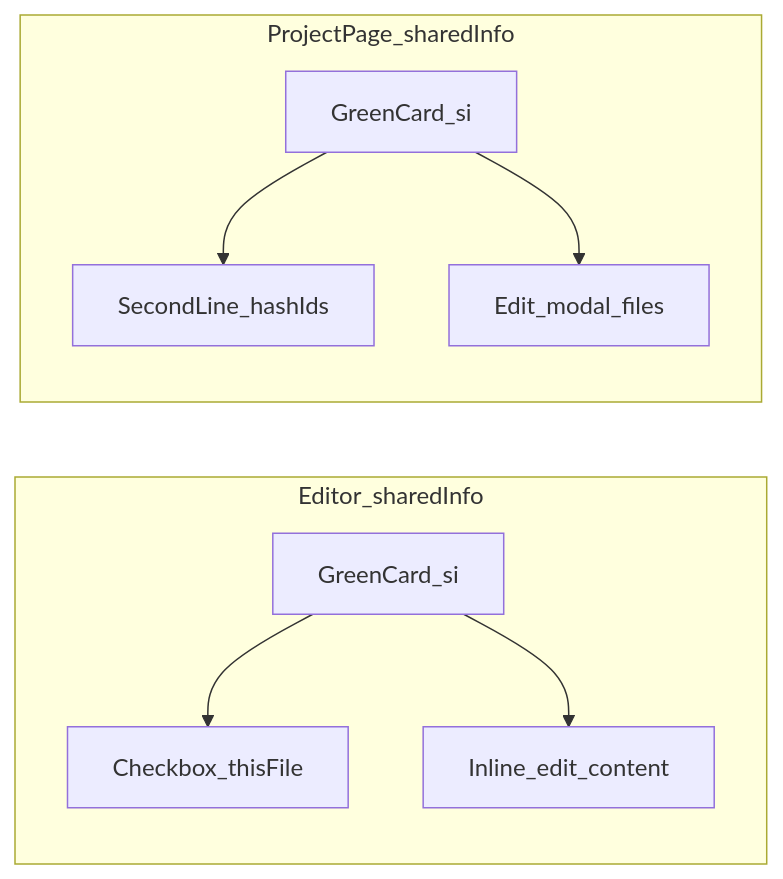
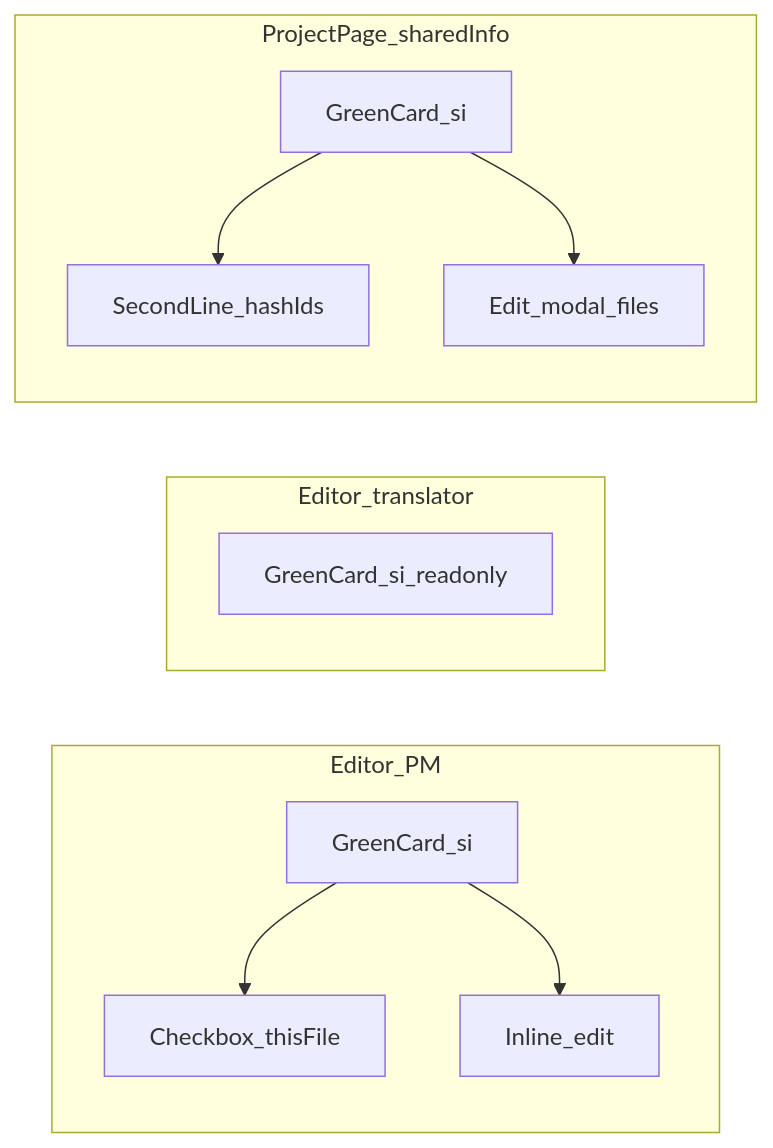
Before and after one commit to kratoswrathful-wy/talk-hanzi-joy: the diagram in docs/CAT_AI_FILE_SPECIAL_INSTRUCTIONS_UI_PLAN.md, drawn with Mermaid. The commit also changed other lines of this file and 9 other files, not shown here.

````diff
--- a/docs/CAT_AI_FILE_SPECIAL_INSTRUCTIONS_UI_PLAN.md
+++ b/docs/CAT_AI_FILE_SPECIAL_INSTRUCTIONS_UI_PLAN.md
@@ -82,17 +82,20 @@
 ```mermaid
 flowchart LR
-  subgraph editorCtx [Editor_sharedInfo]
-    ECard[GreenCard_si]
+  subgraph editorPm [Editor_PM]
+    ECardP[GreenCard_si]
     EChk[Checkbox_thisFile]
-    EInline[Inline_edit_content]
+    EInline[Inline_edit]
+  end
+  subgraph editorTr [Editor_translator]
+    ECardT[GreenCard_si_readonly]
   end
   subgraph projectCtx [ProjectPage_sharedInfo]
     PCard[GreenCard_si]
     PLine[SecondLine_hashIds]
     PModal[Edit_modal_files]
   end
-  ECard --> EChk
-  ECard --> EInline
+  ECardP --> EChk
+  ECardP --> EInline
   PCard --> PLine
   PCard --> PModal
 ```
````
